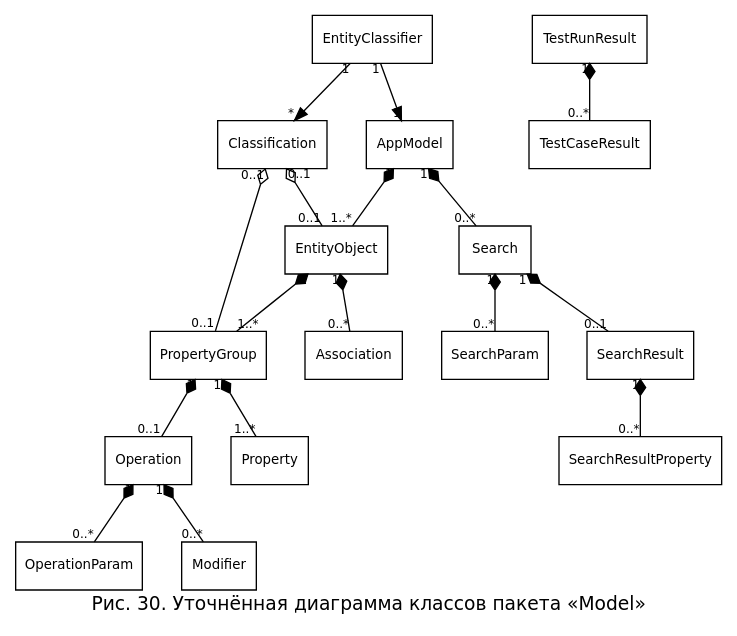
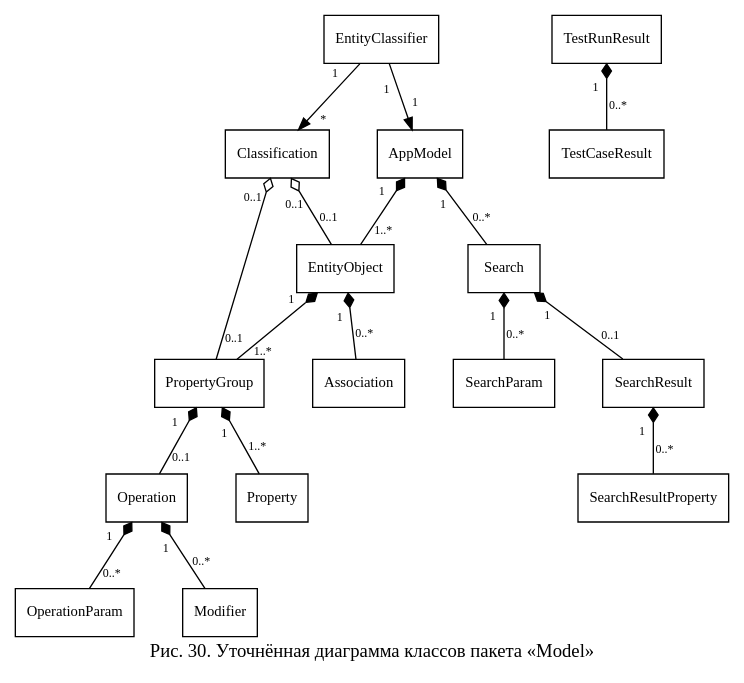
One commit to nastolbov/AutoTestGeneratorUpdate changed the diagram in diagrams/cls_model_refined.dot. Above: the diagram before and after it, drawn with Graphviz. The commit also changed 47 other files, not shown here.

First line of the commit message:
diagrams: Liberation Serif (как Times New Roman), фикс множественности

```diff
--- a/diagrams/cls_model_refined.dot
+++ b/diagrams/cls_model_refined.dot
@@ -1,46 +1,43 @@
 digraph MR {
-    rankdir=TB; fontname="DejaVu Sans"; fontsize=14;
+    rankdir=TB; fontname="Liberation Serif"; fontsize=14;
     label="Рис. 30. Уточнённая диаграмма классов пакета «Model»"; labelloc=b;
-    nodesep=0.4; ranksep=0.6;
-    node [fontname="DejaVu Sans", fontsize=10, shape=box, style=filled, fillcolor=white];
-    edge [color=black, fontname="DejaVu Sans", fontsize=9];
+    nodesep=0.5; ranksep=0.7;
+    node [fontname="Liberation Serif", fontsize=11, shape=box, style=filled, fillcolor=white];
+    edge [color=black, fontname="Liberation Serif", fontsize=9, labeldistance=2.0, arrowsize=0.9];
 
     AM  [label="AppModel"];
     EO  [label="EntityObject"];
     PG  [label="PropertyGroup"];
     P   [label="Property"];
     Op  [label="Operation"];
     OP  [label="OperationParam"];
     M   [label="Modifier"];
     A   [label="Association"];
     S   [label="Search"];
     SP  [label="SearchParam"];
     SR  [label="SearchResult"];
     SRP [label="SearchResultProperty"];
     EC  [label="EntityClassifier"];
     CL  [label="Classification"];
     TRR [label="TestRunResult"];
     TCR [label="TestCaseResult"];
 
-    // Композиция ♦ — иерархия владения
-    AM -> EO   [arrowtail=diamond, dir=back, taillabel="1", headlabel="1..*"];
-    AM -> S    [arrowtail=diamond, dir=back, taillabel="1", headlabel="0..*"];
-    EO -> PG   [arrowtail=diamond, dir=back, taillabel="1", headlabel="1..*"];
-    EO -> A    [arrowtail=diamond, dir=back, taillabel="1", headlabel="0..*"];
-    PG -> P    [arrowtail=diamond, dir=back, taillabel="1", headlabel="1..*"];
-    PG -> Op   [arrowtail=diamond, dir=back, taillabel="1", headlabel="0..1"];
-    Op -> OP   [arrowtail=diamond, dir=back, taillabel="1", headlabel="0..*"];
-    Op -> M    [arrowtail=diamond, dir=back, taillabel="1", headlabel="0..*"];
-    S  -> SP   [arrowtail=diamond, dir=back, taillabel="1", headlabel="0..*"];
-    S  -> SR   [arrowtail=diamond, dir=back, taillabel="1", headlabel="0..1"];
-    SR -> SRP  [arrowtail=diamond, dir=back, taillabel="1", headlabel="0..*"];
+    AM -> EO [arrowtail=diamond, dir=back, taillabel="1", headlabel="1..*"];
+    AM -> S  [arrowtail=diamond, dir=back, taillabel="1", headlabel="0..*"];
+    EO -> PG [arrowtail=diamond, dir=back, taillabel="1", headlabel="1..*"];
+    EO -> A  [arrowtail=diamond, dir=back, taillabel="1", headlabel="0..*"];
+    PG -> P  [arrowtail=diamond, dir=back, taillabel="1", headlabel="1..*"];
+    PG -> Op [arrowtail=diamond, dir=back, taillabel="1", headlabel="0..1"];
+    Op -> OP [arrowtail=diamond, dir=back, taillabel="1", headlabel="0..*"];
+    Op -> M  [arrowtail=diamond, dir=back, taillabel="1", headlabel="0..*"];
+    S  -> SP [arrowtail=diamond, dir=back, taillabel="1", headlabel="0..*"];
+    S  -> SR [arrowtail=diamond, dir=back, taillabel="1", headlabel="0..1"];
+    SR -> SRP [arrowtail=diamond, dir=back, taillabel="1", headlabel="0..*"];
     TRR -> TCR [arrowtail=diamond, dir=back, taillabel="1", headlabel="0..*"];
 
-    // Ассоциация — create / use
     EC -> CL [taillabel="1", headlabel="*"];
     EC -> AM [taillabel="1", headlabel="1"];
 
-    // Агрегация ◇ — Classification ссылается на чужие сущности
     CL -> EO [arrowtail=odiamond, dir=back, taillabel="0..1", headlabel="0..1"];
     CL -> PG [arrowtail=odiamond, dir=back, taillabel="0..1", headlabel="0..1"];
 }
```
